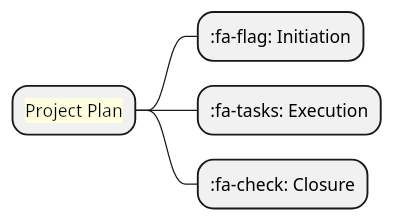
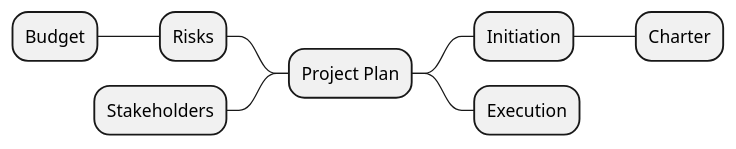
One commit to hgrabows/diagrammer-skills changed the seventh of 9 diagrams in skills/diagrammer/specs/plantuml/plantuml_mindmap.md. Above: the diagram before and after it, drawn with PlantUML. The commit also changed other lines of this file and 127 other files, not shown here.

First line of the commit message:
feat: audit all specs, add example gallery, fix PlantUML and Gantt rendering

````diff
--- a/skills/diagrammer/specs/plantuml/plantuml_mindmap.md
+++ b/skills/diagrammer/specs/plantuml/plantuml_mindmap.md
@@ -123,8 +150,12 @@
 ```plantuml
 @startmindmap
-* <back:lightyellow>Project Plan
-** :fa-flag: Initiation
-** :fa-tasks: Execution
-** :fa-check: Closure
+* Project Plan
+** Initiation
+*** Charter
+** Execution
+left side
+** Risks
+*** Budget
+** Stakeholders
 @endmindmap
 ```
````
